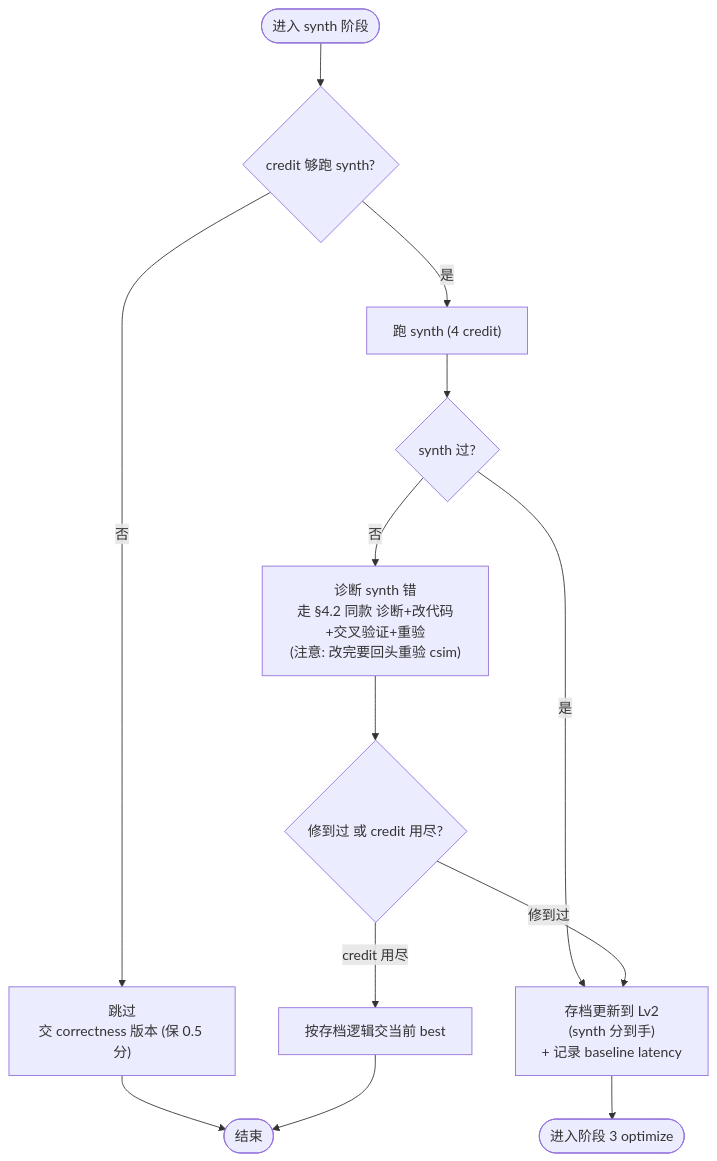
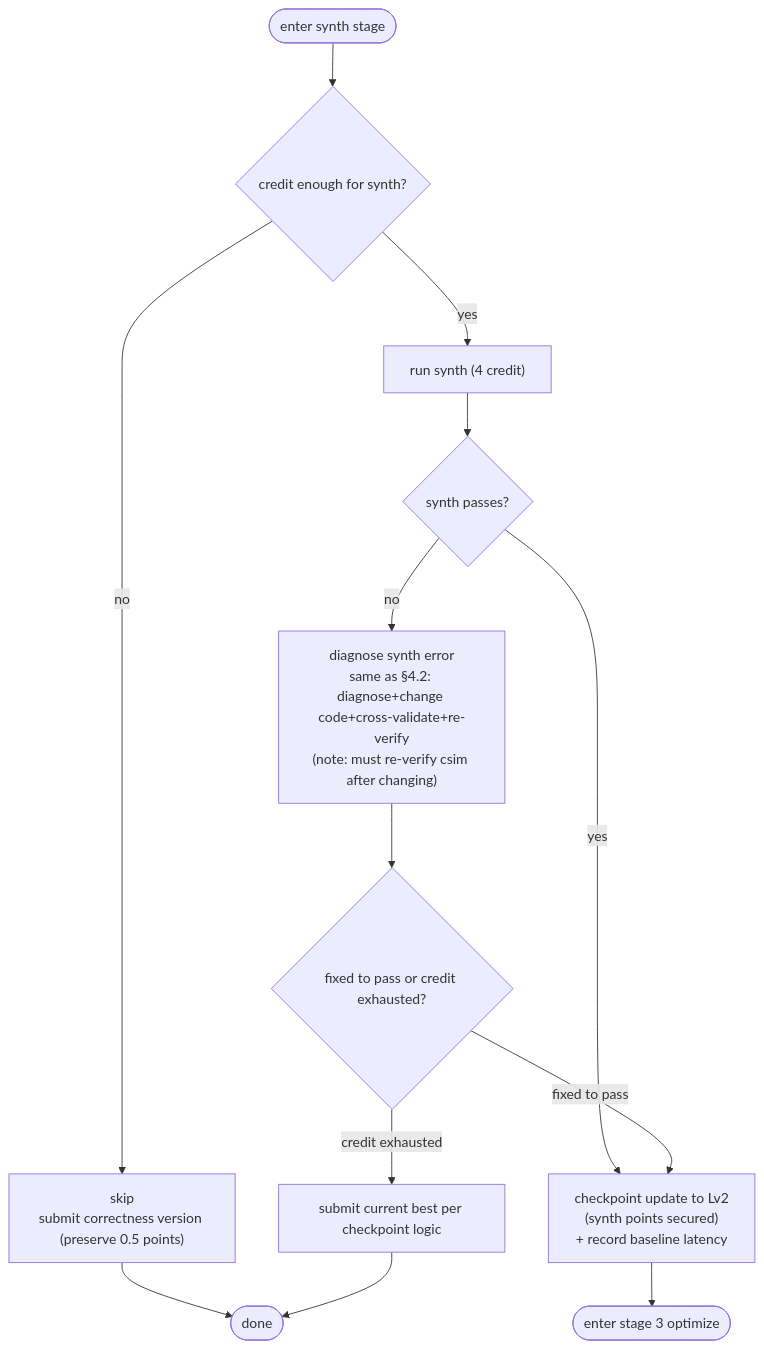
Before and after one commit to QFcattail/llm4hls: the sixth of 8 diagrams in docs-development/design/agent-architecture.md, drawn with Mermaid. The commit also changed other lines of this file and 33 other files, not shown here.

````diff
--- a/docs-development/design/agent-architecture.md
+++ b/docs-development/design/agent-architecture.md
@@ -400,17 +402,17 @@
 ```mermaid
 flowchart TD
-    Start([进入 synth 阶段]) --> Q1{credit 够跑 synth?}
-    Q1 -- 否 --> Skip["跳过<br/>交 correctness 版本 (保 0.5 分)"]
-    Skip --> Done([结束])
+    Start([enter synth stage]) --> Q1{credit enough for synth?}
+    Q1 -- no --> Skip["skip<br/>submit correctness version (preserve 0.5 points)"]
+    Skip --> Done([done])
 
-    Q1 -- 是 --> Synth["跑 synth (4 credit)"]
-    Synth --> Q2{synth 过?}
-    Q2 -- 是 --> Pass["存档更新到 Lv2<br/>(synth 分到手)<br/>+ 记录 baseline latency"]
-    Pass --> Next([进入阶段 3 optimize])
+    Q1 -- yes --> Synth["run synth (4 credit)"]
+    Synth --> Q2{synth passes?}
+    Q2 -- yes --> Pass["checkpoint update to Lv2<br/>(synth points secured)<br/>+ record baseline latency"]
+    Pass --> Next([enter stage 3 optimize])
 
-    Q2 -- 否 --> Fix["诊断 synth 错<br/>走 §4.2 同款 诊断+改代码+交叉验证+重验<br/>(注意: 改完要回头重验 csim)"]
-    Fix --> Q3{修到过 或 credit 用尽?}
-    Q3 -- 修到过 --> Pass
-    Q3 -- credit 用尽 --> SubmitBest["按存档逻辑交当前 best"]
+    Q2 -- no --> Fix["diagnose synth error<br/>same as §4.2: diagnose+change code+cross-validate+re-verify<br/>(note: must re-verify csim after changing)"]
+    Fix --> Q3{fixed to pass or credit exhausted?}
+    Q3 -- fixed to pass --> Pass
+    Q3 -- credit exhausted --> SubmitBest["submit current best per checkpoint logic"]
     SubmitBest --> Done
 ```
````
